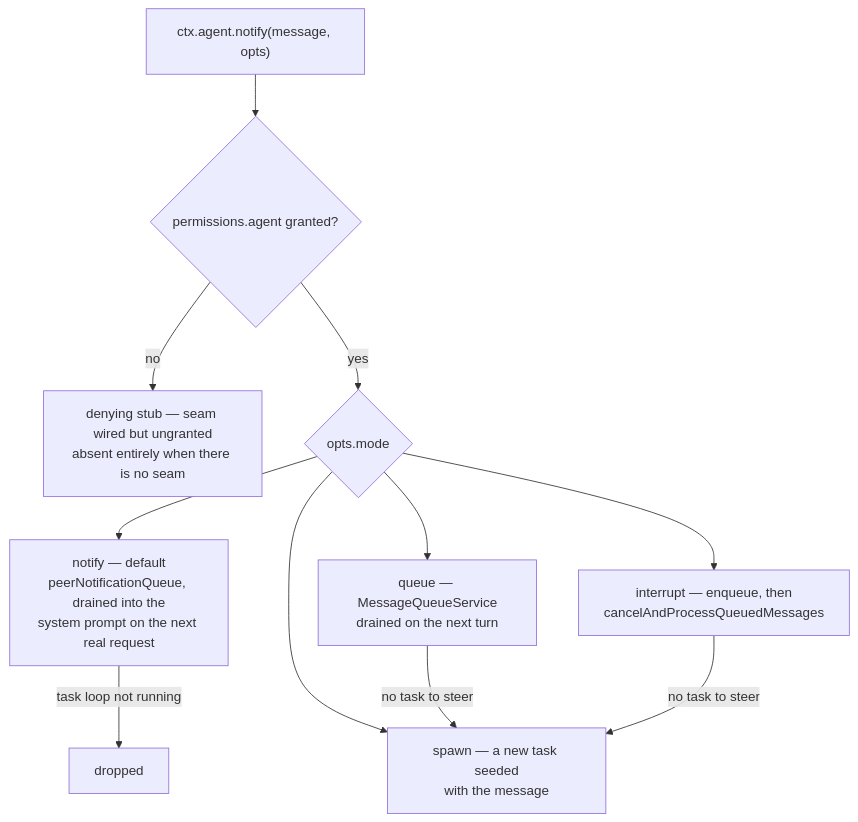
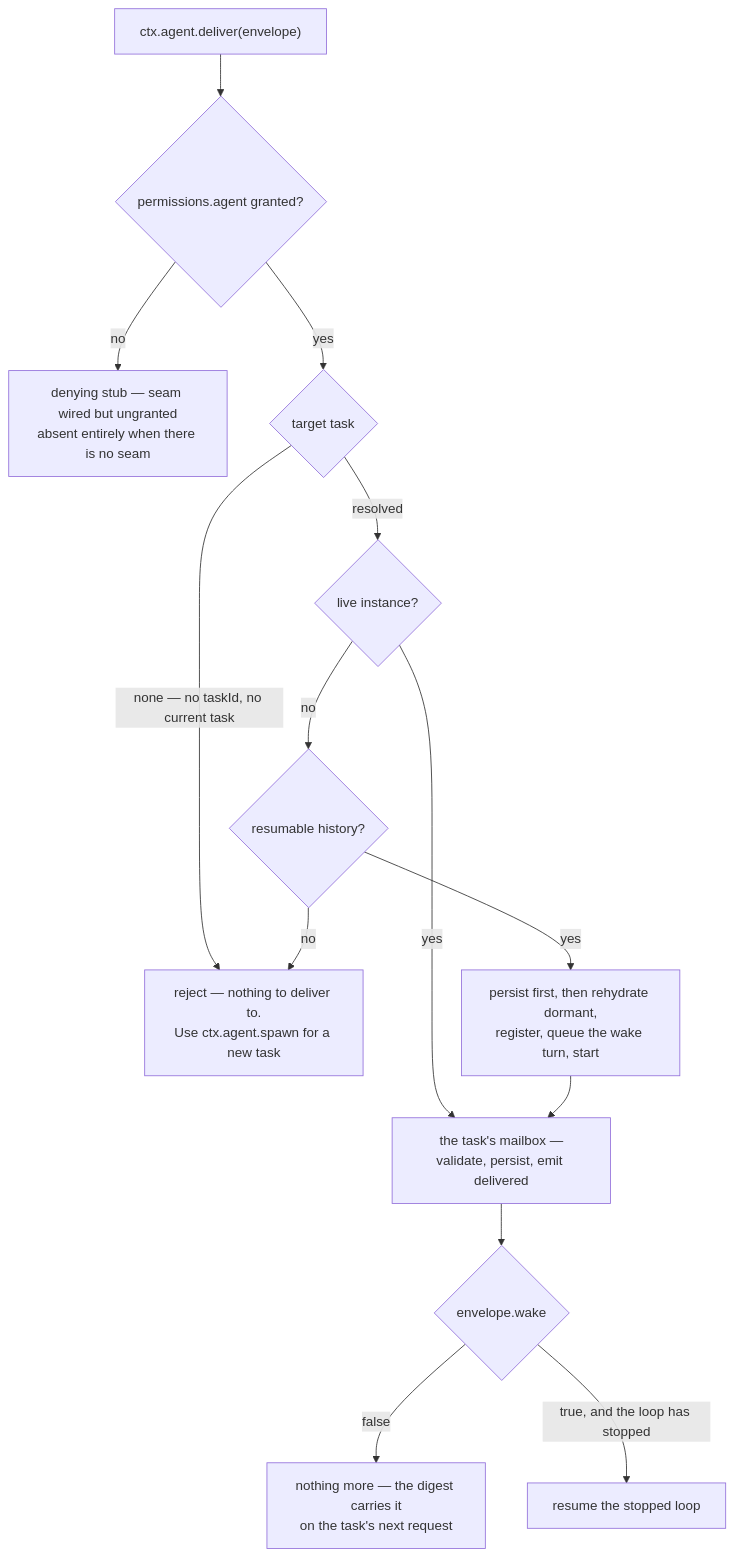
One commit to shofer-dev/shofer changed the fourth of 5 diagrams in docs/plugin_system.md. Above: the diagram before and after it, drawn with Mermaid. The commit also changed other lines of this file and 81 other files, not shown here.

First line of the commit message:
feat(core)!: send_message / reply / wait on the mailbox; one plugin door; delete peer messaging, sleep, wait_for_message

````diff
--- a/docs/plugin_system.md
+++ b/docs/plugin_system.md
@@ -887,23 +910,28 @@
 ```mermaid
 flowchart TD
-    N["ctx.agent.notify(message, opts)"]
+    N["ctx.agent.deliver(envelope)"]
     G{"permissions.agent granted?"}
     STUB["denying stub — seam wired but ungranted<br/>absent entirely when there is no seam"]
-    M{"opts.mode"}
-    NO["notify — default<br/>peerNotificationQueue, drained into the<br/>system prompt on the next real request"]
-    Q["queue — MessageQueueService<br/>drained on the next turn"]
-    I["interrupt — enqueue, then<br/>cancelAndProcessQueuedMessages"]
-    S["spawn — a new task seeded<br/>with the message"]
-    DROP["dropped"]
+    T{"target task"}
+    X["reject — nothing to deliver to.<br/>Use ctx.agent.spawn for a new task"]
+    L{"live instance?"}
+    MB["the task's mailbox —<br/>validate, persist, emit delivered"]
+    H{"resumable history?"}
+    RH["persist first, then rehydrate dormant,<br/>register, queue the wake turn, start"]
+    W{"envelope.wake"}
+    DG["nothing more — the digest carries it<br/>on the task's next request"]
+    WK["resume the stopped loop"]
 
     N --> G
     G -->|no| STUB
-    G -->|yes| M
-    M --> NO
-    M --> Q
-    M --> I
-    M --> S
-    NO -->|"task loop not running"| DROP
-    Q -->|"no task to steer"| S
-    I -->|"no task to steer"| S
+    G -->|yes| T
+    T -->|"none — no taskId, no current task"| X
+    T -->|resolved| L
+    L -->|yes| MB
+    L -->|no| H
+    H -->|no| X
+    H -->|yes| RH --> MB
+    MB --> W
+    W -->|false| DG
+    W -->|"true, and the loop has stopped"| WK
 ```
````
